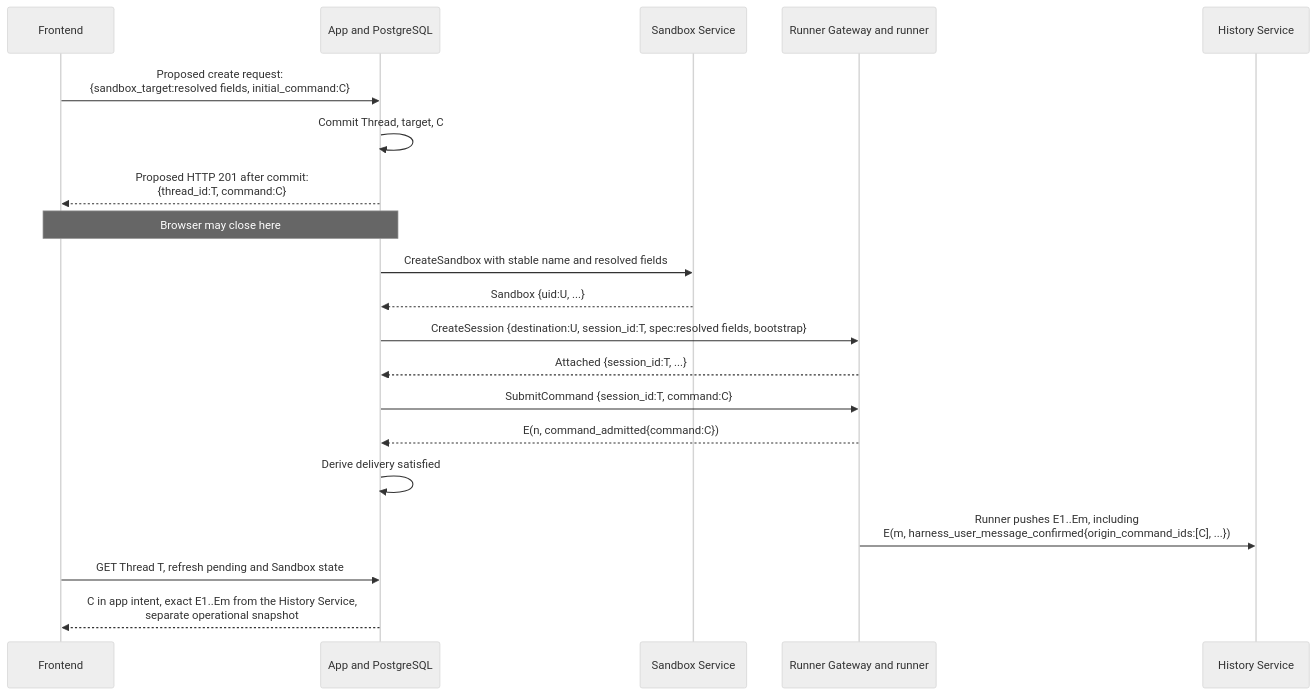
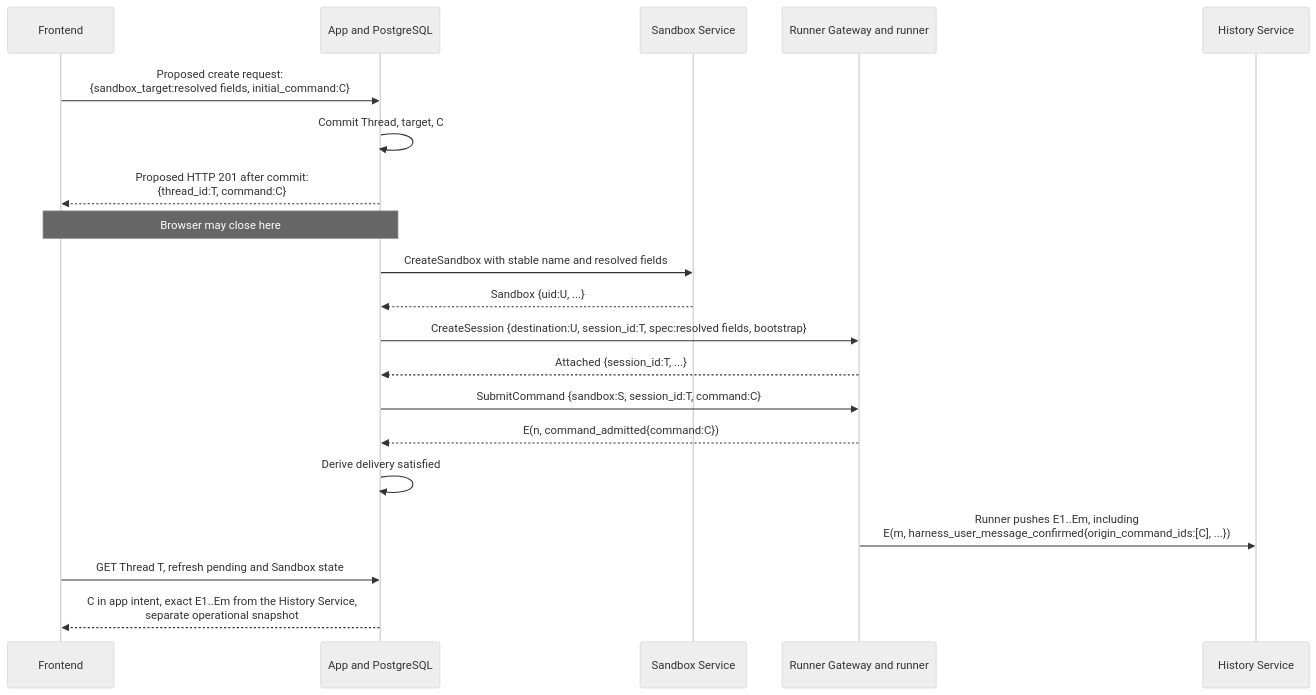
One commit to agentydragon-agent/ducktape changed the third of 6 diagrams in agentplane/docs/thread_layering.md. Above: the diagram before and after it, drawn with Mermaid (neutral theme). The commit also changed other lines of this file and 9 other files, not shown here.

````diff
--- a/agentplane/docs/thread_layering.md
+++ b/agentplane/docs/thread_layering.md
@@ -352,22 +352,22 @@
 ```mermaid
 sequenceDiagram
     participant F as Frontend
     participant A as App and PostgreSQL
     participant S as Sandbox Service
     participant G as Runner Gateway and runner
     participant HS as History Service
     F->>A: Proposed create request:<br/>{sandbox_target:resolved fields, initial_command:C}
     A->>A: Commit Thread, target, C
     A-->>F: Proposed HTTP 201 after commit:<br/>{thread_id:T, command:C}
     Note over F,A: Browser may close here
     A->>S: CreateSandbox with stable name and resolved fields
     S-->>A: Sandbox {uid:U, ...}
     A->>G: CreateSession {destination:U, session_id:T, spec:resolved fields, bootstrap}
     G-->>A: Attached {session_id:T, ...}
-    A->>G: SubmitCommand {session_id:T, command:C}
+    A->>G: SubmitCommand {sandbox:S, session_id:T, command:C}
     G-->>A: E(n, command_admitted{command:C})
     A->>A: Derive delivery satisfied
     G->>HS: Runner pushes E1..Em, including<br/>E(m, harness_user_message_confirmed{origin_command_ids:[C], ...})
     F->>A: GET Thread T, refresh pending and Sandbox state
     A-->>F: C in app intent, exact E1..Em from the History Service,<br/>separate operational snapshot
 ```
````
